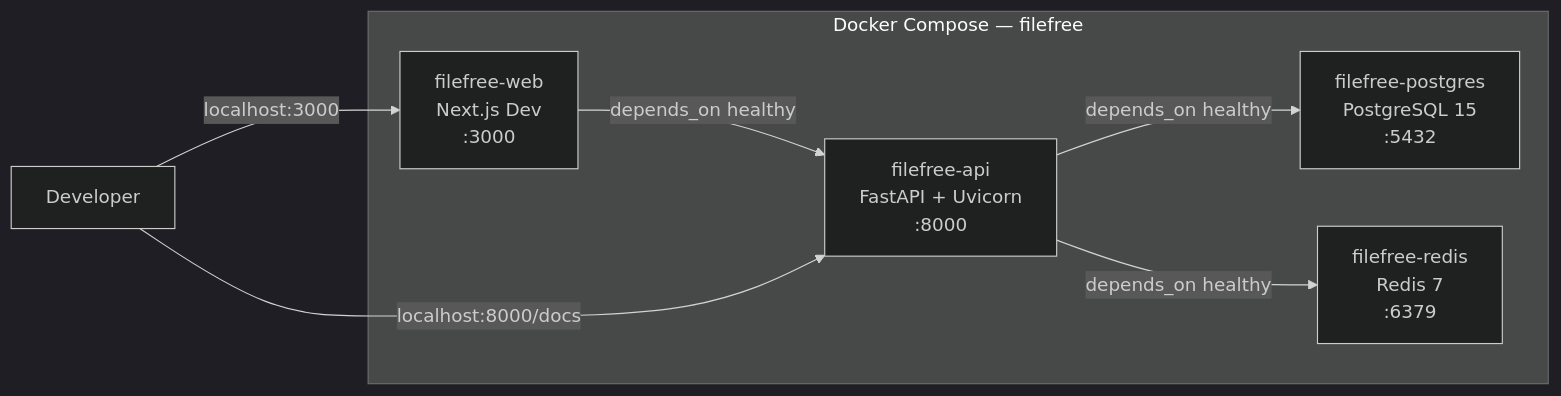
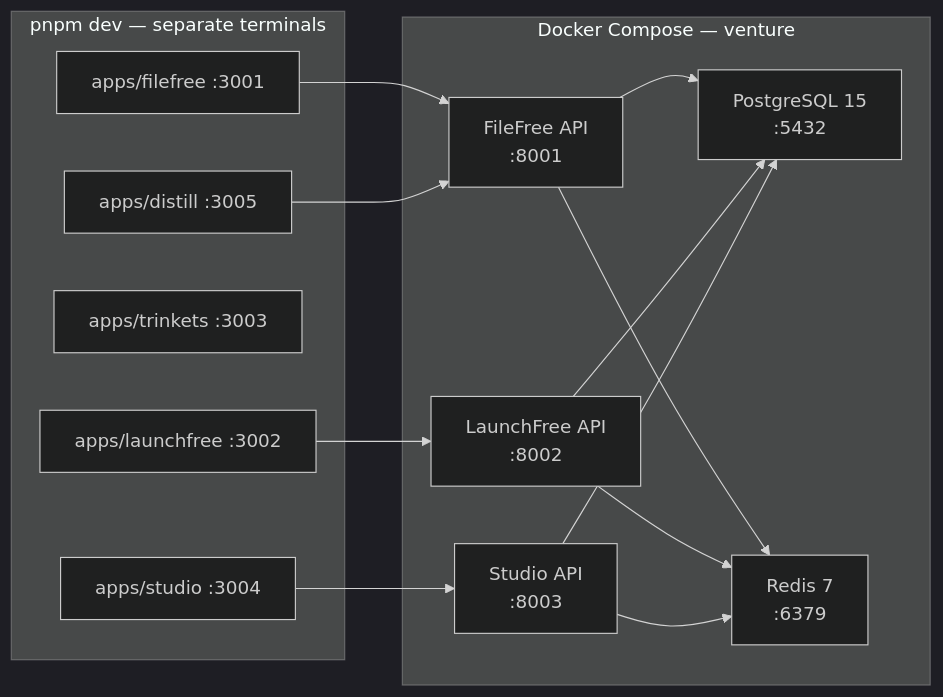
One commit to paperwork-labs/paperwork changed diagram 12 of 12 in docs/ARCHITECTURE.md. Above: the diagram before and after it, drawn with Mermaid (dark theme). The commit also changed other lines of this file and 30 other files, not shown here.

````diff
--- a/docs/ARCHITECTURE.md
+++ b/docs/ARCHITECTURE.md
@@ -256,16 +531,26 @@
 ```mermaid
 graph LR
-    subgraph docker [Docker Compose — filefree]
-        Postgres["filefree-postgres<br/>PostgreSQL 15<br/>:5432"]
-        Redis["filefree-redis<br/>Redis 7<br/>:6379"]
-        API["filefree-api<br/>FastAPI + Uvicorn<br/>:8000"]
-        Web["filefree-web<br/>Next.js Dev<br/>:3000"]
+    subgraph docker [Docker Compose — venture]
+        PG["PostgreSQL 15<br/>:5432"]
+        RD["Redis 7<br/>:6379"]
+        FFAPI["FileFree API<br/>:8001"]
+        LFAPI["LaunchFree API<br/>:8002"]
+        STAPI["Studio API<br/>:8003"]
     end
 
-    Web -->|"depends_on healthy"| API
-    API -->|"depends_on healthy"| Postgres
-    API -->|"depends_on healthy"| Redis
+    subgraph apps [pnpm dev — separate terminals]
+        FFWEB["apps/filefree :3001"]
+        LFWEB["apps/launchfree :3002"]
+        TRWEB["apps/trinkets :3003"]
+        STWEB["apps/studio :3004"]
+        DIWEB["apps/distill :3005"]
+    end
 
-    Dev["Developer"] -->|"localhost:3000"| Web
-    Dev -->|"localhost:8000/docs"| API
+    FFWEB --> FFAPI
+    LFWEB --> LFAPI
+    DIWEB --> FFAPI
+    STWEB --> STAPI
+    FFAPI --> PG & RD
+    LFAPI --> PG & RD
+    STAPI --> PG & RD
 ```
````
